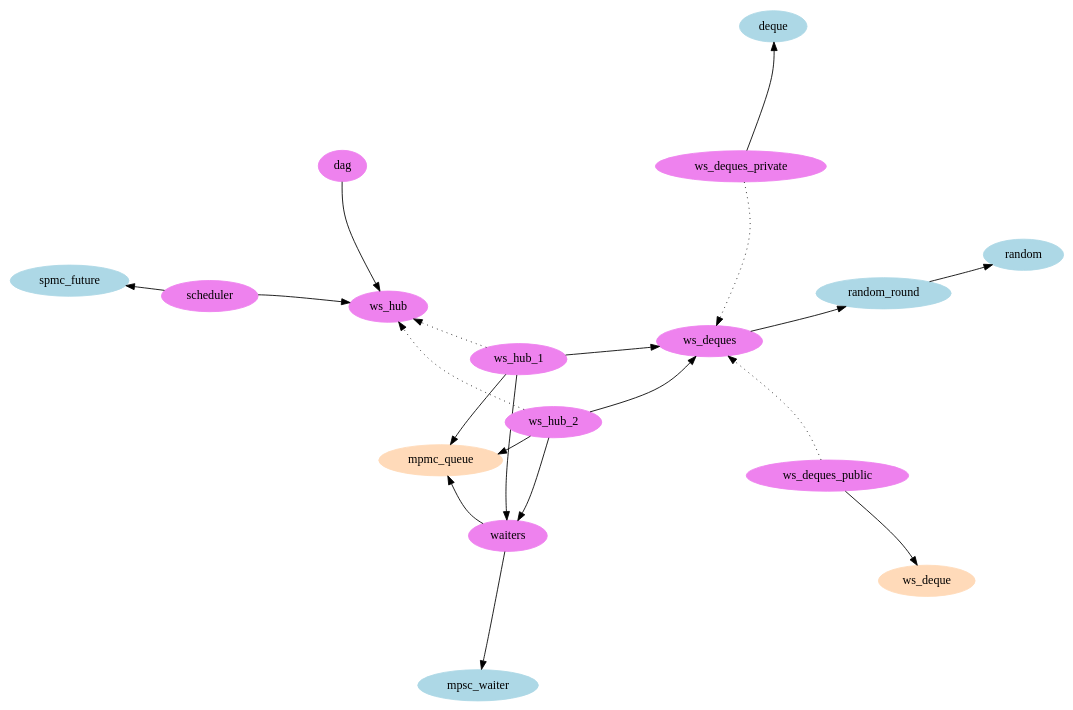
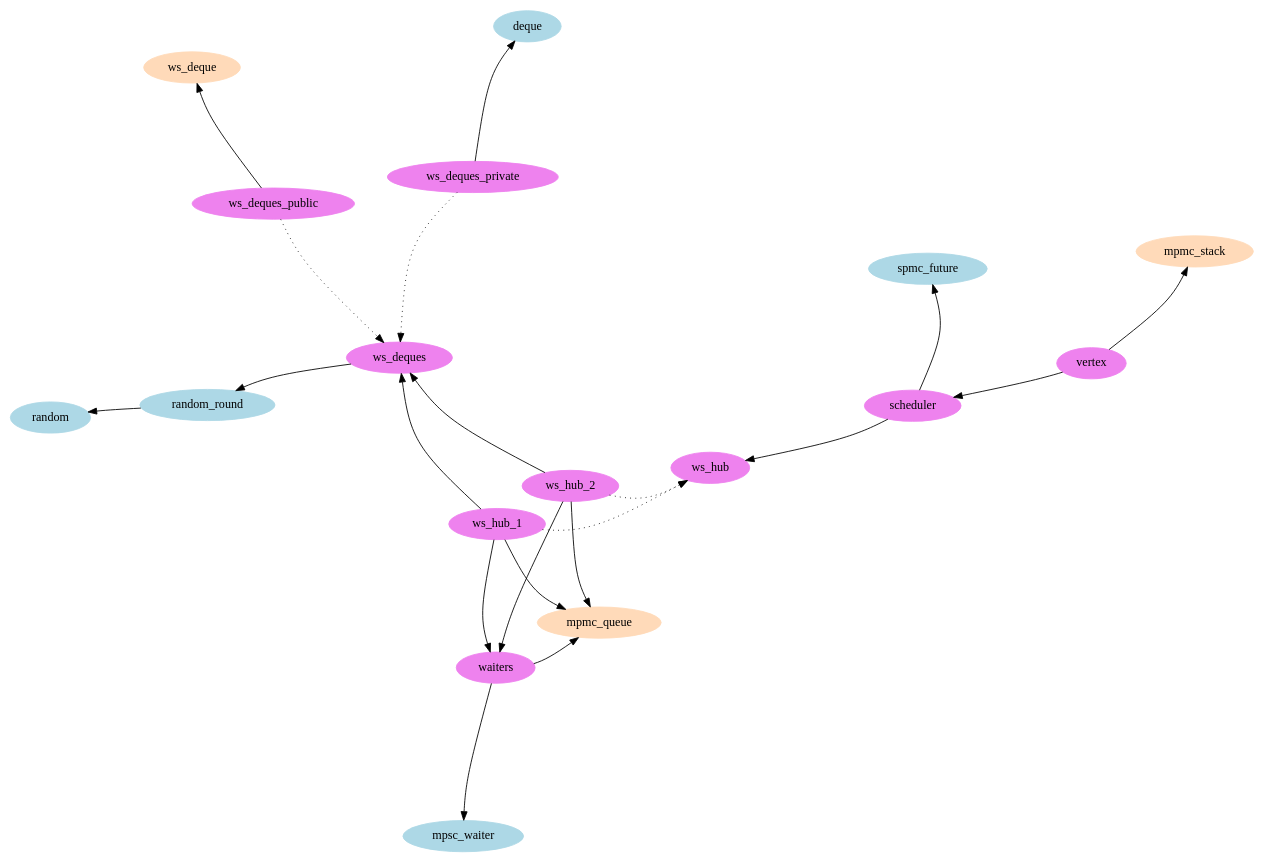
The diagram in doc/parabstr.dot (clef-men/zoo), drawn with Graphviz before and after one commit. The commit also changed 4 other files, not shown here.

Commit message:
Add parabstr/vertex (DAG-calculus).

```diff
--- a/doc/parabstr.dot
+++ b/doc/parabstr.dot
@@ -1,64 +1,66 @@
 digraph {
 	layout=sfdp
 	overlap=false
 	splines=curved
 
 	subgraph cluster_std {
 		label="std"
 		node [style=filled, color=lightblue]
 		random [label="random"]
 		random_round [label="random_round"]
 		deque [label="deque"]
 		mpsc_waiter [label="mpsc_waiter"]
 		spmc_future [label="spmc_future"]
 	}
 
 	subgraph cluster_saturn {
 		label="saturn"
 		node [style=filled, color=peachpuff]
+		mpmc_stack [label="mpmc_stack"]
 		mpmc_queue [label="mpmc_queue"]
 		ws_deque [label="ws_deque"]
 	}
 
 	subgraph cluster_parabstr {
 		label="parabstr"
 		node [style=filled, color=violet]
 		ws_deques [label="ws_deques"]
 		ws_deques_public [label="ws_deques_public"]
 		ws_deques_private [label="ws_deques_private"]
 		waiters [label="waiters"]
 		ws_hub [label="ws_hub"]
 		ws_hub_1 [label="ws_hub_1"]
 		ws_hub_2 [label="ws_hub_2"]
 		scheduler [label="scheduler"]
-		dag [label="dag"]
+		vertex [label="vertex"]
 	}
 
 	random_round -> random
 
 	ws_deques_public -> ws_deque
 	ws_deques_public -> ws_deques [style=dotted]
 
 	ws_deques_private -> deque
 	ws_deques_private -> ws_deques [style=dotted]
 
 	ws_deques -> random_round
 
 	waiters -> mpsc_waiter
 	waiters -> mpmc_queue
 
 	ws_hub_1 -> mpmc_queue
 	ws_hub_1 -> ws_deques
 	ws_hub_1 -> waiters
 	ws_hub_1 -> ws_hub [style=dotted]
 
 	ws_hub_2 -> mpmc_queue
 	ws_hub_2 -> ws_deques
 	ws_hub_2 -> waiters
 	ws_hub_2 -> ws_hub [style=dotted]
 
 	scheduler -> spmc_future
 	scheduler -> ws_hub
 
-	dag -> ws_hub
+	vertex -> mpmc_stack
+	vertex -> scheduler
 }
```
